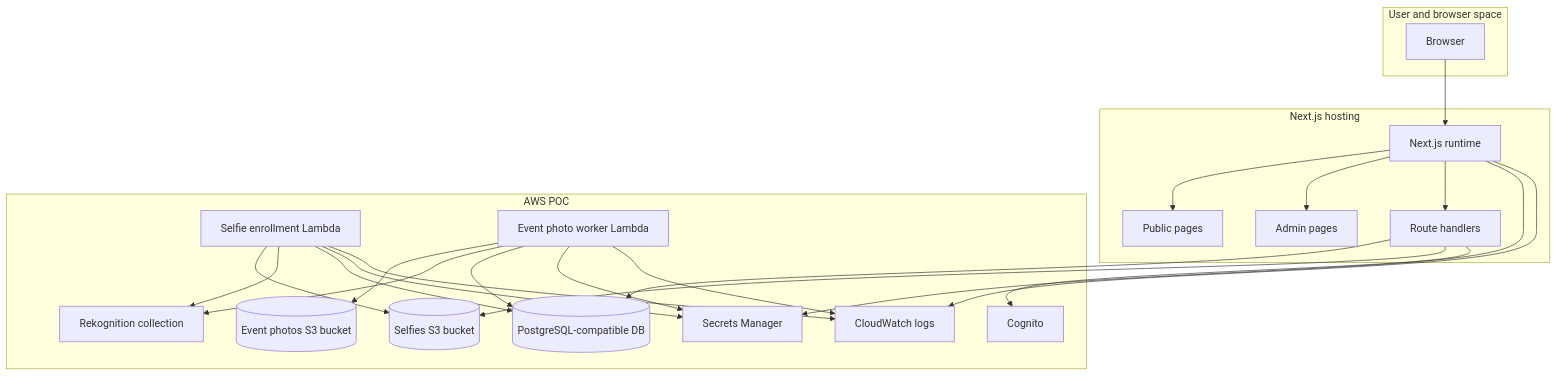
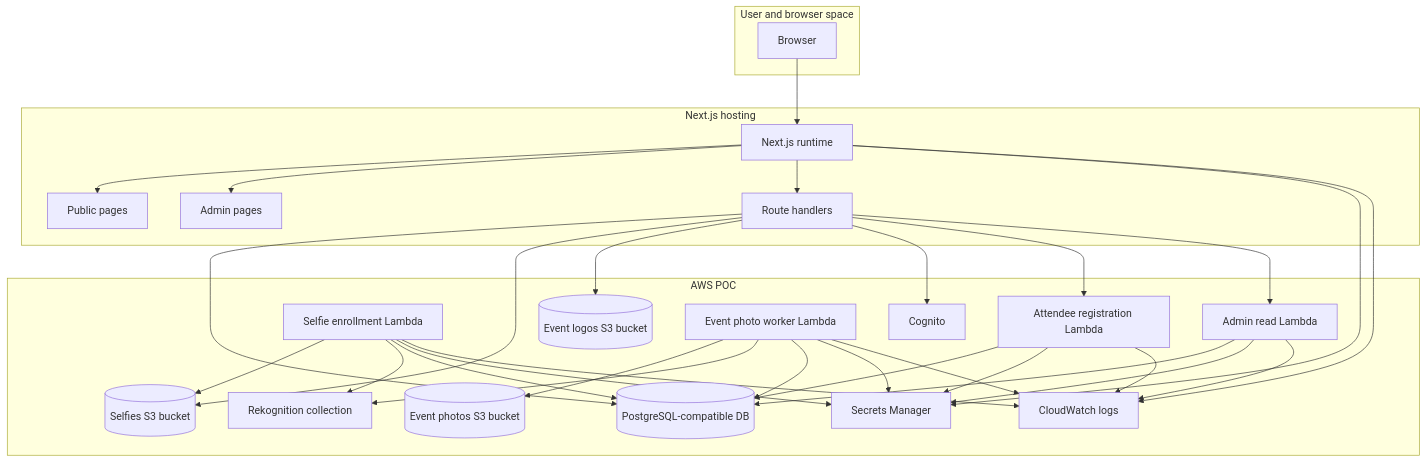
One commit to anyulled/FaceLocator changed the seventh of 7 diagrams in README.md. Above: the diagram before and after it, drawn with Mermaid. The commit also changed other lines of this file and 8 other files, not shown here.

````diff
--- a/README.md
+++ b/README.md
@@ -214,45 +252,57 @@
 ```mermaid
 flowchart TB
   subgraph UserSpace["User and browser space"]
     browser["Browser"]
   end
 
   subgraph Next["Next.js hosting"]
     nextServer["Next.js runtime"]
     apiRoutes["Route handlers"]
     adminPages["Admin pages"]
     publicPages["Public pages"]
   end
 
   subgraph AWS["AWS POC"]
     s3Selfies[(Selfies S3 bucket)]
     s3EventPhotos[(Event photos S3 bucket)]
+    s3EventLogos[(Event logos S3 bucket)]
     lambdaSelfie["Selfie enrollment Lambda"]
+    lambdaAttendee["Attendee registration Lambda"]
+    lambdaAdmin["Admin read Lambda"]
     lambdaPhoto["Event photo worker Lambda"]
     rekognition["Rekognition collection"]
     rds[(PostgreSQL-compatible DB)]
     secrets["Secrets Manager"]
     logs["CloudWatch logs"]
     cognito["Cognito"]
   end
 
   browser --> nextServer
   nextServer --> publicPages
   nextServer --> adminPages
   nextServer --> apiRoutes
   apiRoutes --> rds
   apiRoutes --> s3Selfies
+  apiRoutes --> s3EventLogos
   apiRoutes --> cognito
+  apiRoutes --> lambdaAttendee
+  apiRoutes --> lambdaAdmin
   lambdaSelfie --> s3Selfies
   lambdaSelfie --> rekognition
   lambdaSelfie --> rds
+  lambdaAttendee --> rds
+  lambdaAdmin --> rds
   lambdaPhoto --> s3EventPhotos
   lambdaPhoto --> rekognition
   lambdaPhoto --> rds
   nextServer --> secrets
+  lambdaAttendee --> secrets
+  lambdaAdmin --> secrets
   lambdaSelfie --> secrets
   lambdaPhoto --> secrets
   nextServer --> logs
+  lambdaAttendee --> logs
+  lambdaAdmin --> logs
   lambdaSelfie --> logs
   lambdaPhoto --> logs
 ```
````
